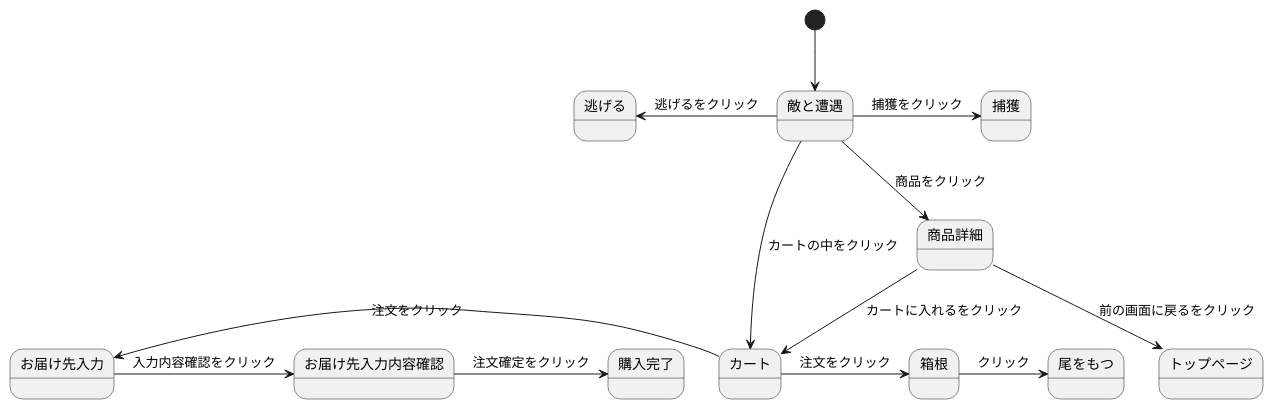
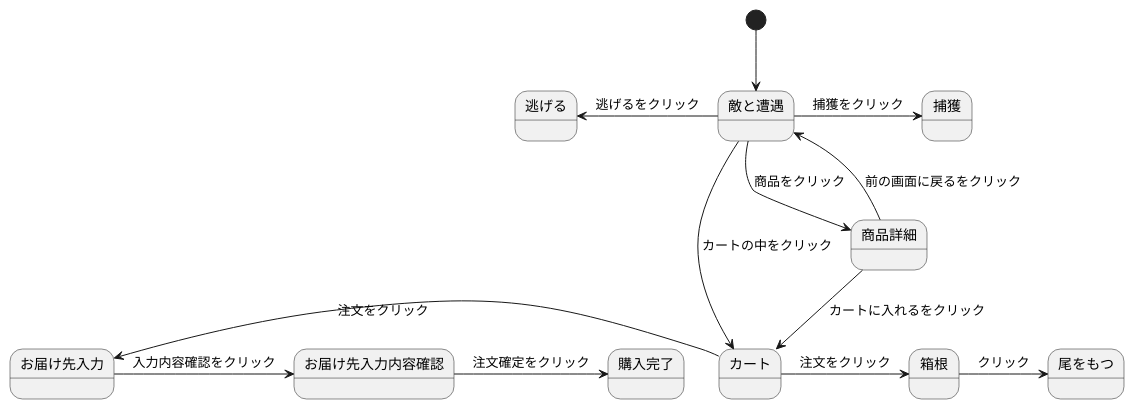
The diagram in stm01.md (Aso2001196/2021sys-design), drawn with PlantUML before and after one commit.

````diff
--- a/stm01.md
+++ b/stm01.md
@@ -1,16 +1,16 @@
 ```uml
 @startuml
 [*]--> 敵と遭遇
 敵と遭遇 -> 捕獲 : 捕獲をクリック
 敵と遭遇 -left-> 逃げる : 逃げるをクリック
 敵と遭遇 --> 商品詳細 : 商品をクリック
 敵と遭遇 --> カート : カートの中をクリック
 商品詳細 --> カート : カートに入れるをクリック
-商品詳細 --> トップページ : 前の画面に戻るをクリック
+商品詳細 --> 敵と遭遇 : 前の画面に戻るをクリック
 カート -> 箱根 : 注文をクリック
 箱根 -> 尾をもつ : クリック
 カート -left-> お届け先入力 : 注文をクリック
 お届け先入力 -> お届け先入力内容確認 : 入力内容確認をクリック
 お届け先入力内容確認 -> 購入完了 : 注文確定をクリック
 @enduml
 ```
````
